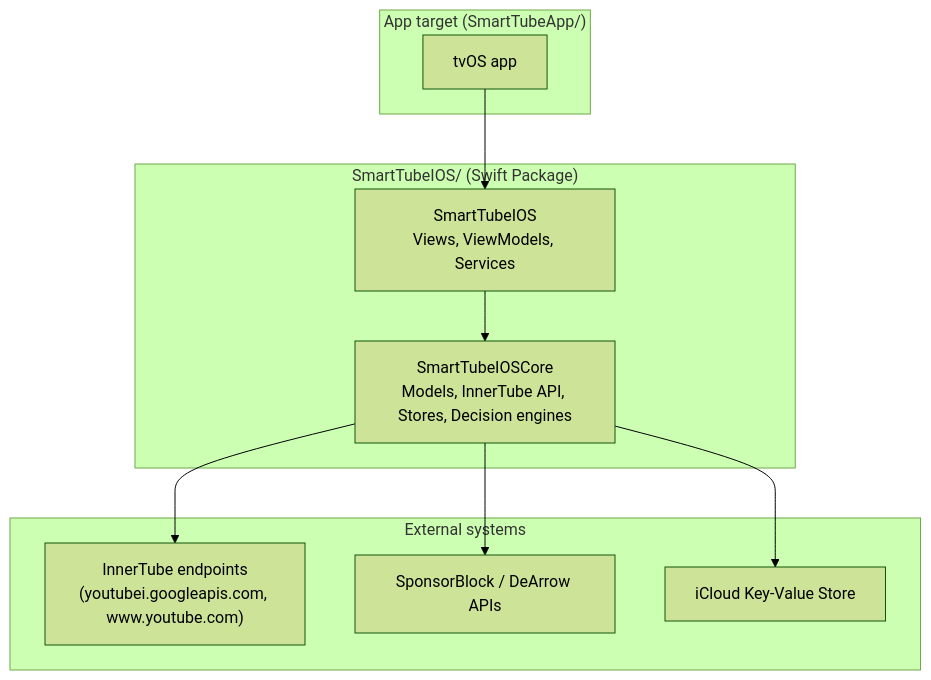
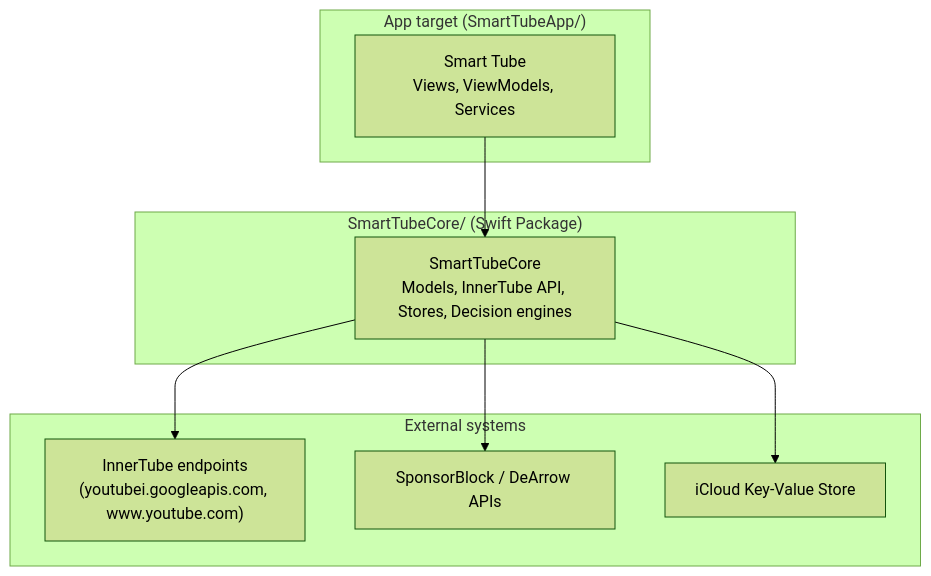
The diagram in docs/architecture.md (ThomasHack/NewTube-iOS), drawn with Mermaid (forest theme) before and after one commit. The commit also changed other lines of this file and 14 other files, not shown here.

````diff
--- a/docs/architecture.md
+++ b/docs/architecture.md
@@ -9,21 +9,19 @@
 ```mermaid
 graph TD
     subgraph Apps["App target (SmartTubeApp/)"]
-        TV["tvOS app"]
+        UI["Smart Tube<br/>Views, ViewModels, Services"]
     end
-    subgraph Pkg["SmartTubeIOS/ (Swift Package)"]
-        UI["SmartTubeIOS<br/>Views, ViewModels, Services"]
-        Core["SmartTubeIOSCore<br/>Models, InnerTube API, Stores, Decision engines"]
+    subgraph Pkg["SmartTubeCore/ (Swift Package)"]
+        Core["SmartTubeCore<br/>Models, InnerTube API, Stores, Decision engines"]
     end
     subgraph Ext["External systems"]
         InnerTube["InnerTube endpoints<br/>(youtubei.googleapis.com, www.youtube.com)"]
         SponsorBlock["SponsorBlock / DeArrow APIs"]
         iCloudKVS["iCloud Key-Value Store"]
     end
 
-    TV --> UI
     UI --> Core
     Core --> InnerTube
     Core --> SponsorBlock
     Core --> iCloudKVS
 ```
````
